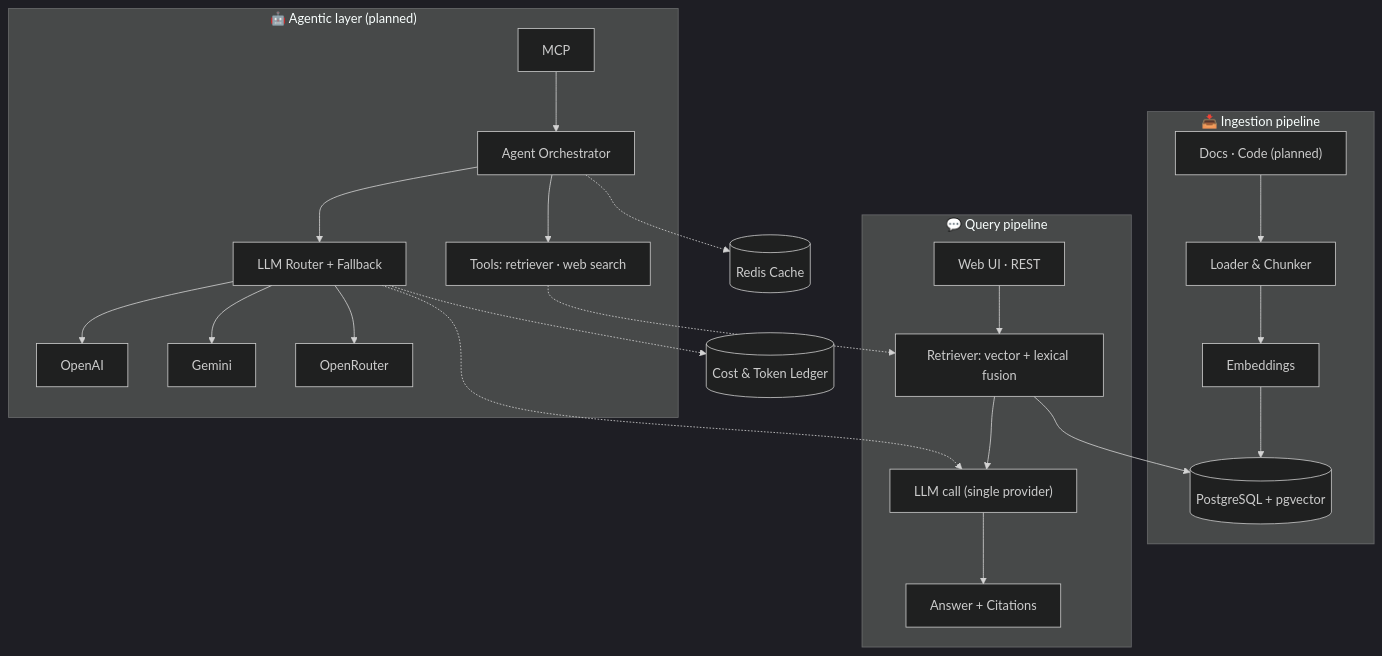
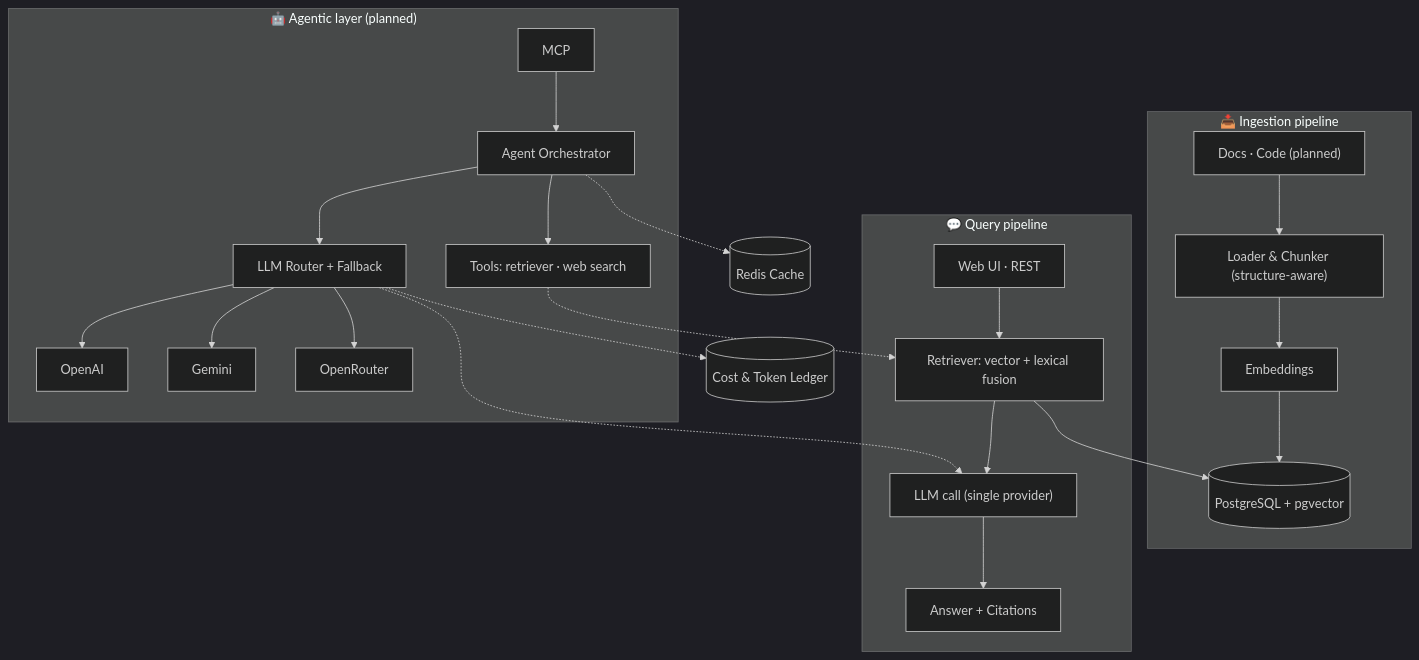
The diagram in README.md (athosmartinez/docent), drawn with Mermaid (dark theme) before and after one commit. The commit also changed 1 other file, not shown here.

Commit message:
docs: keep the two M1.5 notes the M2 rewrite dropped
Rewriting the status section and the architecture diagram for M2 removed two
statements that are still true and were not superseded: the chunker is
structure-aware, and cleaning converts HTML tables before chunking sees them.

Carrying them here makes the M2 branch a strict superset of docs-post-m15 on
both files, so that branch can be closed rather than merged into a conflict.

Claude-Session: https://claude.ai/code/session_011FzXB3AsT5LEFnCygRRASb

````diff
--- a/README.md
+++ b/README.md
@@ -47,29 +47,29 @@
 ```mermaid
 flowchart TB
   subgraph Ingestion["📥 Ingestion pipeline"]
-    SRC["Docs · Code (planned)"] --> CHUNK["Loader & Chunker"]
+    SRC["Docs · Code (planned)"] --> CHUNK["Loader & Chunker (structure-aware)"]
     CHUNK --> EMB["Embeddings"]
     EMB --> VEC[("PostgreSQL + pgvector")]
   end
 
   subgraph Query["💬 Query pipeline"]
     CL["Web UI · REST"] --> RET["Retriever: vector + lexical fusion"]
     RET --> VEC
     RET --> LLM["LLM call (single provider)"]
     LLM --> ANS["Answer + Citations"]
   end
 
   subgraph Agentic["🤖 Agentic layer (planned)"]
     MCP["MCP"] --> AGENT["Agent Orchestrator"]
     AGENT --> TOOLS["Tools: retriever · web search"]
     AGENT --> ROUTER["LLM Router + Fallback"]
     ROUTER --> P1["OpenAI"]
     ROUTER --> P2["Gemini"]
     ROUTER --> P3["OpenRouter"]
   end
 
   TOOLS -.-> RET
   ROUTER -.-> LLM
   ROUTER -.-> COST[("Cost & Token Ledger")]
   AGENT -.-> CACHE[("Redis Cache")]
 ```
````
